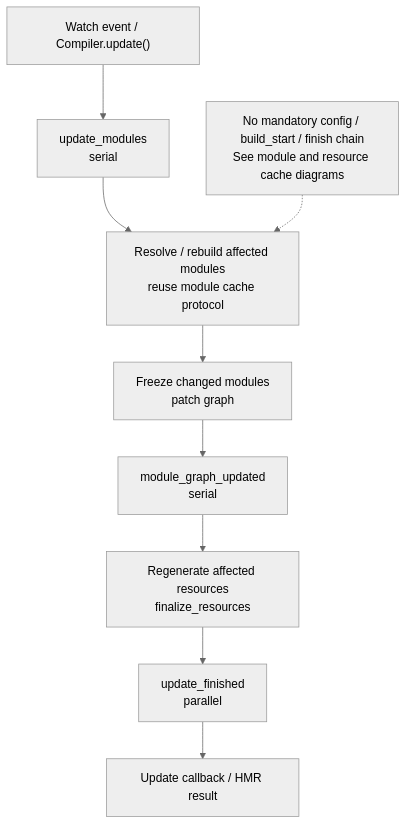
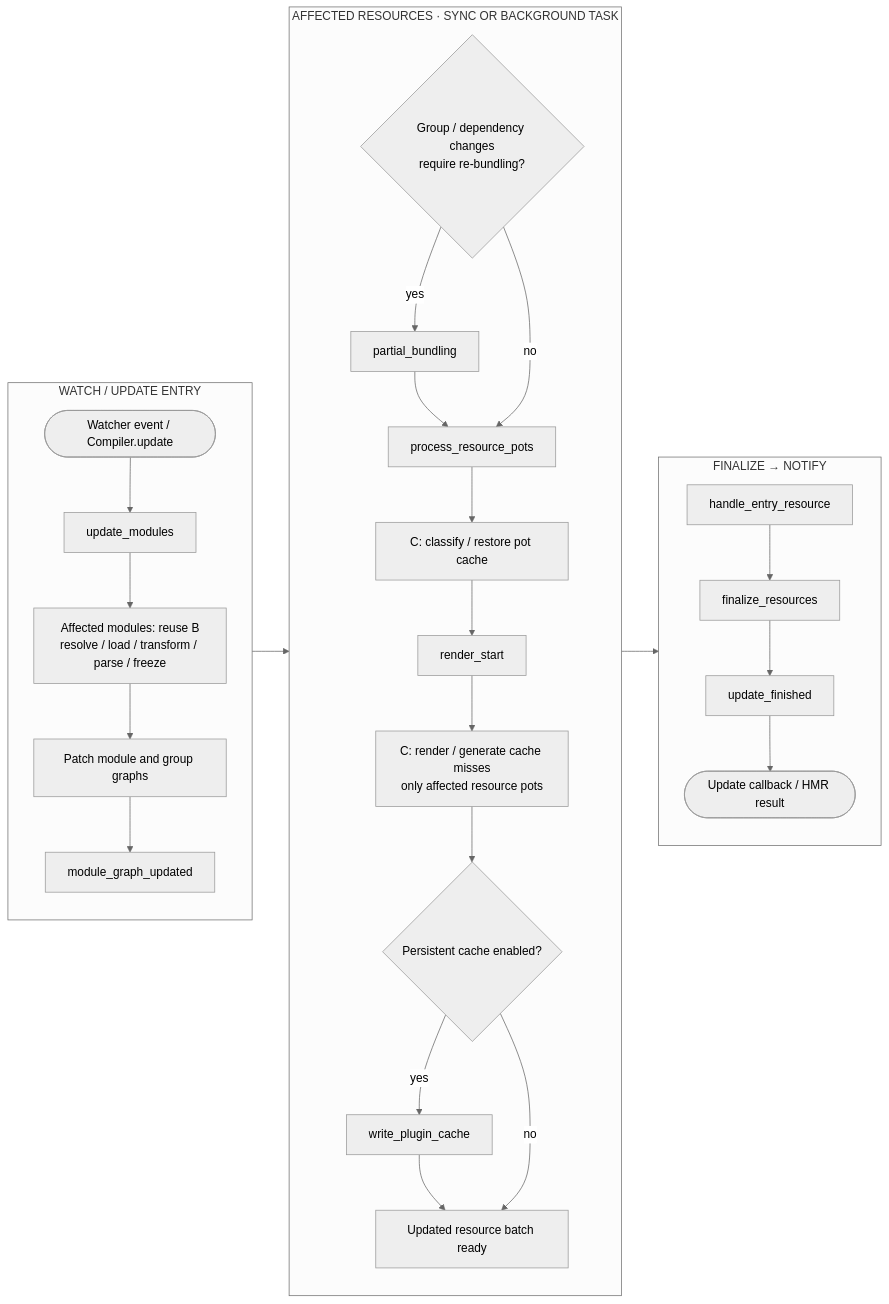
One commit to farm-fe/farm changed the diagram in website/static/diagrams/rust-plugin-update.mmd. Above: the diagram before and after it, drawn with Mermaid (neutral theme). The commit also changed 26 other files, not shown here.

Commit message:
feat(docs): adopt Farm brand code and diagram presentation

```diff
--- a/website/static/diagrams/rust-plugin-update.mmd
+++ b/website/static/diagrams/rust-plugin-update.mmd
@@ -1,9 +1,24 @@
-flowchart TD
-  accTitle: Incremental update lifecycle
-  accDescr: An external watch or API event initiates update. Reuse applicable module hooks; this is not another configuration lifecycle.
-  update_modules["update_modules<br/>serial"]
-  module_graph_updated["module_graph_updated<br/>serial"]
-  update_finished["update_finished<br/>parallel"]
-  Event["Watch event / Compiler.update()"] --> update_modules --> Build["Resolve / rebuild affected modules<br/>reuse module cache protocol"] --> Freeze["Freeze changed modules<br/>patch graph"] --> module_graph_updated
-  module_graph_updated --> Generate["Regenerate affected resources<br/>finalize_resources"] --> update_finished --> Callback["Update callback / HMR result"]
-  Note["No mandatory config / build_start / finish chain<br/>See module and resource cache diagrams"] -.-> Build
+flowchart LR
+  accTitle: D · Incremental update, independent from initial compile
+  accDescr: Watcher or explicit API starts update. Rebuild affected modules using B, patch the graph, optionally re-bundle affected groups, render affected pots using C, then finalize and notify. This is not an automatic successor of finish and does not re-run the complete initial generation lifecycle.
+  subgraph Update[WATCH / UPDATE ENTRY]
+    direction TB
+    Event([Watcher event / Compiler.update]) --> update_modules[update_modules]:::serial
+    update_modules --> Rebuild["Affected modules: reuse B<br/>resolve / load / transform / parse / freeze"]:::core
+    Rebuild --> Patch[Patch module and group graphs]:::core --> module_graph_updated[module_graph_updated]:::serial
+  end
+  subgraph Resource[AFFECTED RESOURCES · SYNC OR BACKGROUND TASK]
+    direction TB
+    Changed{Group / dependency changes<br/>require re-bundling?}:::gate
+    Changed -->|yes| UP[partial_bundling]:::first --> UPots[process_resource_pots]:::serial
+    Changed -->|no| UPots
+    UPots --> Classify["C: classify / restore pot cache"]:::core --> URender[render_start]:::serial --> Pot["C: render / generate cache misses<br/>only affected resource pots"]:::core
+    Pot --> Cache{Persistent cache enabled?}:::gate
+    Cache -->|yes| UW[write_plugin_cache]:::serial --> ResourceReady[Updated resource batch ready]:::core
+    Cache -->|no| ResourceReady
+  end
+  subgraph Completion[FINALIZE → NOTIFY]
+    direction TB
+    UE[handle_entry_resource]:::serial --> UF[finalize_resources]:::serial --> update_finished[update_finished]:::parallel --> Callback([Update callback / HMR result])
+  end
+  Update --> Resource --> Completion
```
